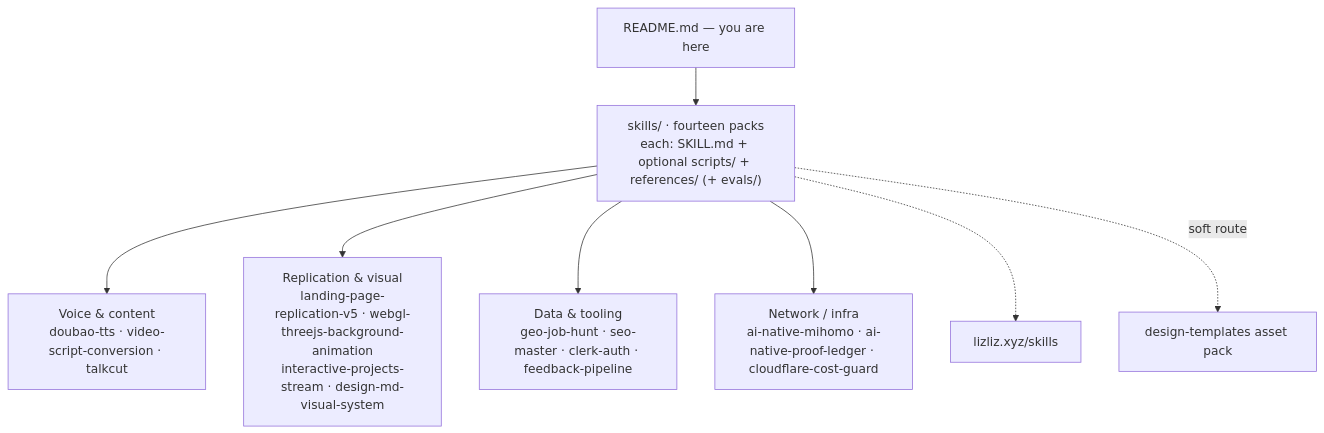
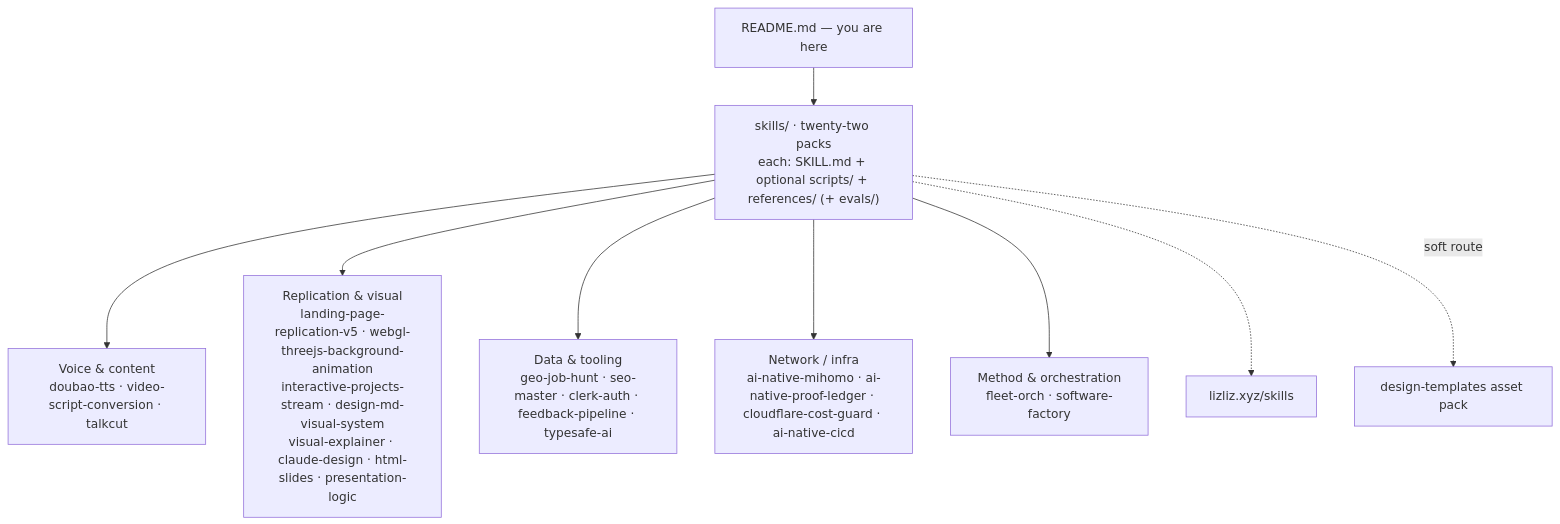
The diagram in README.md (lizliz404/agent-skills), drawn with Mermaid before and after one commit. The commit also changed other lines of this file and 13 other files, not shown here.

First line of the commit message:
software-factory: 把「软件工厂」打法收成一篇可复用的 researched skill，并补齐过时的包清单

````diff
--- a/README.md
+++ b/README.md
@@ -7,10 +7,11 @@
 ```mermaid
 graph TD
-    README["README.md — you are here"] --> SKILLS["skills/ · fourteen packs<br/>each: SKILL.md + optional scripts/ + references/ (+ evals/)"]
+    README["README.md — you are here"] --> SKILLS["skills/ · twenty-two packs<br/>each: SKILL.md + optional scripts/ + references/ (+ evals/)"]
     SKILLS --> VOICE["Voice & content<br/>doubao-tts · video-script-conversion · talkcut"]
-    SKILLS --> VISUAL["Replication & visual<br/>landing-page-replication-v5 · webgl-threejs-background-animation<br/>interactive-projects-stream · design-md-visual-system"]
-    SKILLS --> TOOLS["Data & tooling<br/>geo-job-hunt · seo-master · clerk-auth · feedback-pipeline"]
-    SKILLS --> NET["Network / infra<br/>ai-native-mihomo · ai-native-proof-ledger · cloudflare-cost-guard"]
+    SKILLS --> VISUAL["Replication & visual<br/>landing-page-replication-v5 · webgl-threejs-background-animation<br/>interactive-projects-stream · design-md-visual-system<br/>visual-explainer · claude-design · html-slides · presentation-logic"]
+    SKILLS --> TOOLS["Data & tooling<br/>geo-job-hunt · seo-master · clerk-auth · feedback-pipeline · typesafe-ai"]
+    SKILLS --> NET["Network / infra<br/>ai-native-mihomo · ai-native-proof-ledger · cloudflare-cost-guard · ai-native-cicd"]
+    SKILLS --> METHOD["Method & orchestration<br/>fleet-orch · software-factory"]
     SKILLS -.-> SITE["lizliz.xyz/skills"]
     SKILLS -.->|"soft route"| DT["design-templates asset pack"]
 ```
````
